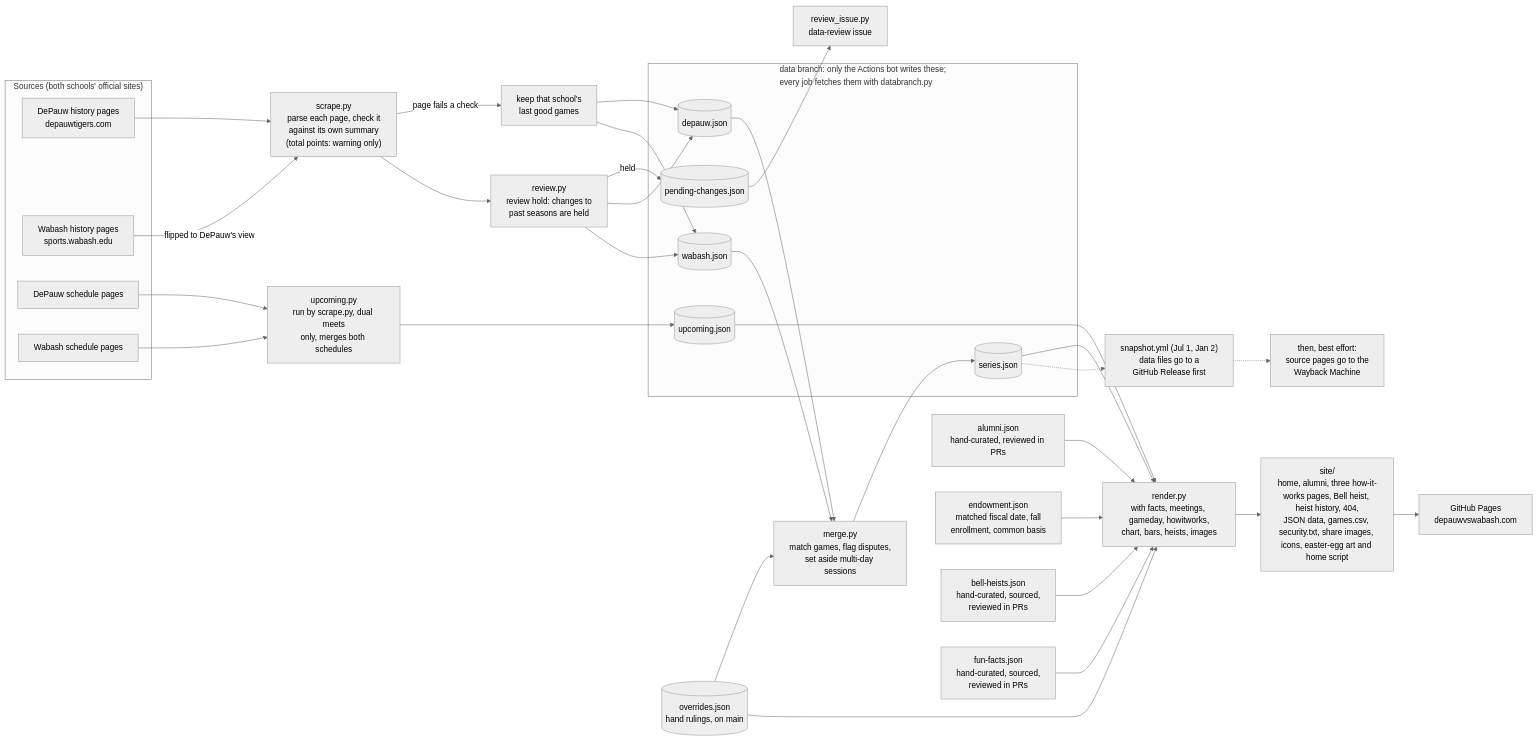
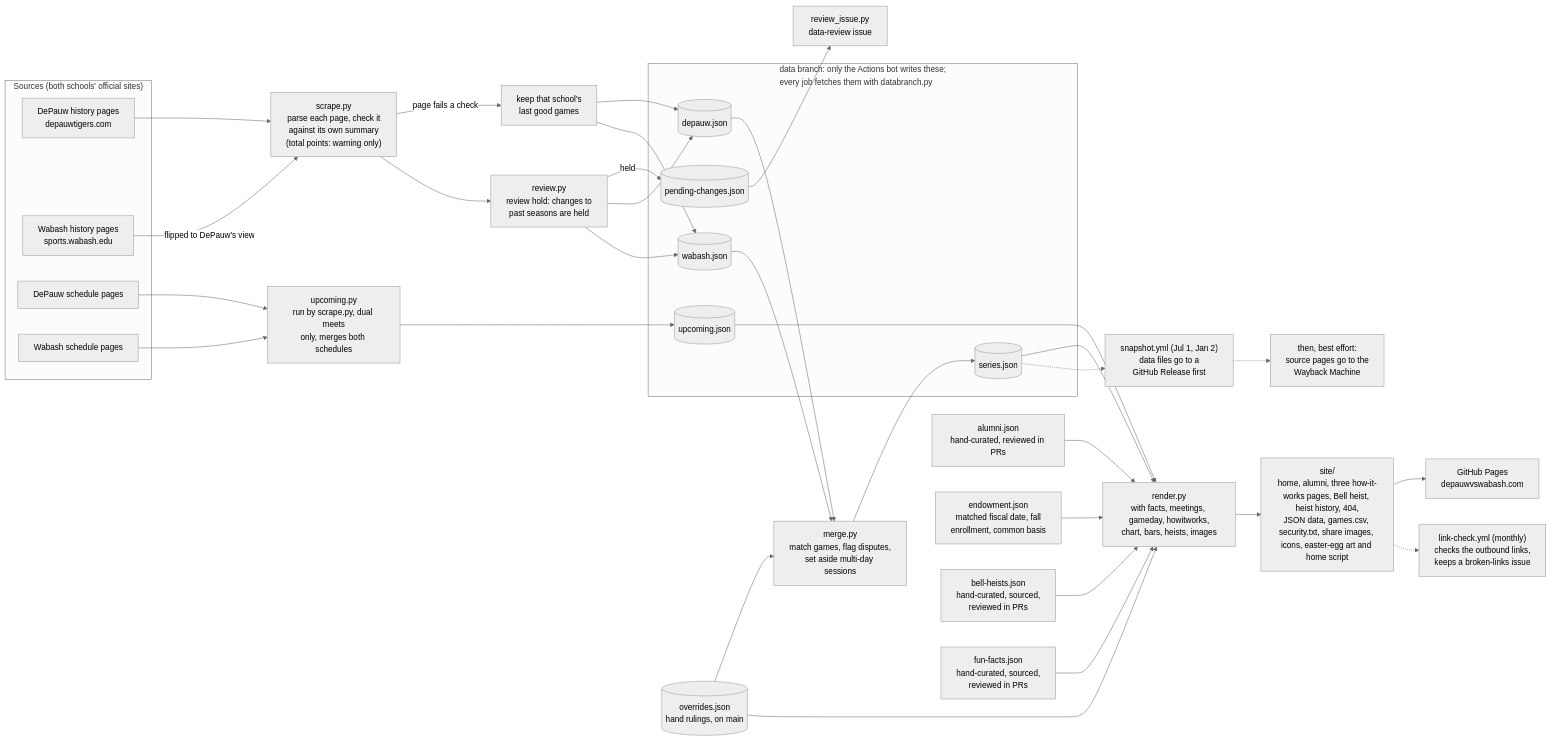
One commit to jacksonmote/DePauw-vs-Wabash-web changed the first of 3 diagrams in README.md. Above: the diagram before and after it, drawn with Mermaid (neutral theme). The commit also changed other lines of this file and 1 other file, not shown here.

First line of the commit message:
Docs: the monthly link check in the README and AGENTS.md

````diff
--- a/README.md
+++ b/README.md
@@ -96,45 +96,46 @@
 ```mermaid
 flowchart LR
   subgraph SRC["Sources (both schools' official sites)"]
     DH["DePauw history pages<br/>depauwtigers.com"]
     WH["Wabash history pages<br/>sports.wabash.edu"]
     DS["DePauw schedule pages"]
     WS["Wabash schedule pages"]
   end
 
   DH --> P["scrape.py<br/>parse each page, check it<br/>against its own summary<br/>(total points: warning only)"]
   WH -- "flipped to DePauw's view" --> P
   P -- "page fails a check" --> K["keep that school's<br/>last good games"]
   P --> R["review.py<br/>review hold: changes to<br/>past seasons are held"]
   R -- "held" --> PC[("pending-changes.json")]
   PC --> RI["review_issue.py<br/>data-review issue"]
   R --> DJ[("depauw.json")]
   R --> WJ[("wabash.json")]
   K --> DJ
   K --> WJ
   DJ --> M["merge.py<br/>match games, flag disputes,<br/>set aside multi-day sessions"]
   WJ --> M
   OV[("overrides.json<br/>hand rulings, on main")] --> M
   M --> SJ[("series.json")]
   DS --> U["upcoming.py<br/>run by scrape.py, dual meets<br/>only, merges both schedules"]
   WS --> U
   U --> UJ[("upcoming.json")]
   SJ --> RN["render.py<br/>with facts, meetings, gameday, howitworks,<br/>chart, bars, heists, images"]
   AL["alumni.json<br/>hand-curated, reviewed in PRs"] --> RN
   EN["endowment.json<br/>matched fiscal date, fall<br/>enrollment, common basis"] --> RN
   HJ["bell-heists.json<br/>hand-curated, sourced,<br/>reviewed in PRs"] --> RN
   FJ["fun-facts.json<br/>hand-curated, sourced,<br/>reviewed in PRs"] --> RN
   UJ --> RN
   OV --> RN
   RN --> SITE["site/<br/>home, alumni, three how-it-works pages, Bell heist, heist history, 404,<br/>JSON data, games.csv, security.txt, share images, icons, easter-egg art and home script"]
   SITE --> GP["GitHub Pages<br/>depauwvswabash.com"]
   SJ -.-> SN["snapshot.yml (Jul 1, Jan 2)<br/>data files go to a<br/>GitHub Release first"]
   SN -.-> WB["then, best effort:<br/>source pages go to the<br/>Wayback Machine"]
+  SITE -.-> LC["link-check.yml (monthly)<br/>checks the outbound links,<br/>keeps a broken-links issue"]
   subgraph DB["data branch: only the Actions bot writes these;<br/>every job fetches them with databranch.py"]
     PC
     DJ
     WJ
     SJ
     UJ
   end
 ```
````
